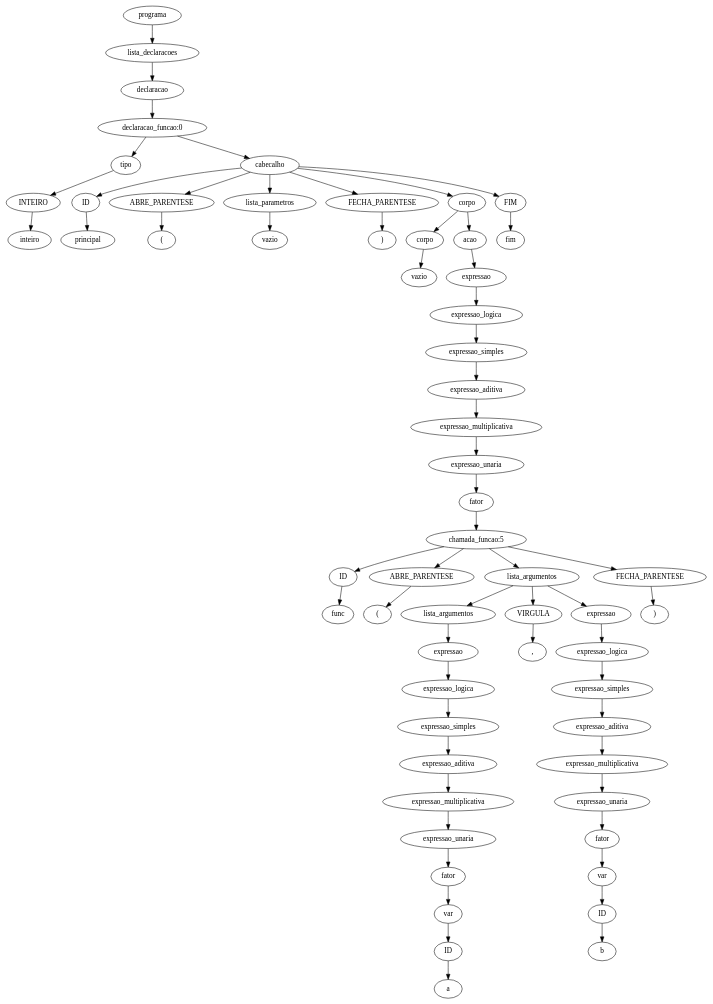
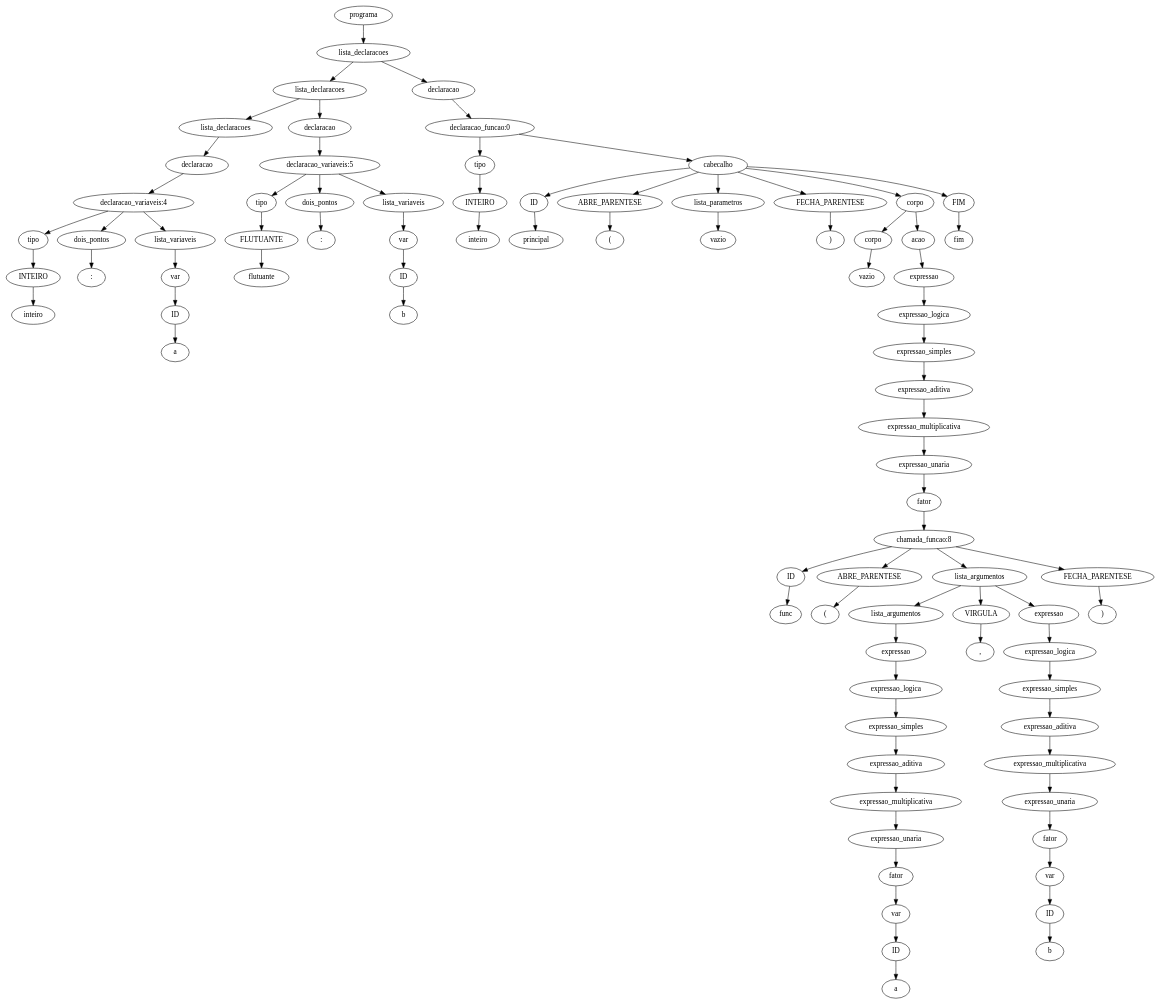
Before and after one commit to JuanFSR/Compiladores: the diagram in 7.AnaliseSemantica/implementacao/semantica-testes/sema-003.tpp.unique.ast.dot, drawn with Graphviz. The commit also changed 7 other files, not shown here.

```diff
--- a/7.AnaliseSemantica/implementacao/semantica-testes/sema-003.tpp.unique.ast.dot
+++ b/7.AnaliseSemantica/implementacao/semantica-testes/sema-003.tpp.unique.ast.dot
@@ -1,121 +1,169 @@
 digraph tree {
-    "0x7f5ccca2dfd0" [label="programa"];
-    "0x7f5ccc9c7cd0" [label="lista_declaracoes"];
-    "0x7f5ccca2de20" [label="declaracao"];
-    "0x7f5ccca16910" [label="declaracao_funcao:0"];
-    "0x7f5ccca2df70" [label="tipo"];
-    "0x7f5ccc9c7040" [label="INTEIRO"];
-    "0x7f5ccc9c7070" [label="inteiro"];
-    "0x7f5ccc9c7190" [label="cabecalho"];
-    "0x7f5ccc9c72e0" [label="ID"];
-    "0x7f5ccc9c78b0" [label="principal"];
-    "0x7f5ccc9c7730" [label="ABRE_PARENTESE"];
-    "0x7f5ccc9c7be0" [label="("];
-    "0x7f5ccc9c71f0" [label="lista_parametros"];
-    "0x7f5cccc4e6d0" [label="vazio"];
-    "0x7f5ccc9c7c10" [label="FECHA_PARENTESE"];
-    "0x7f5ccc9c7c40" [label=")"];
-    "0x7f5ccc9c73a0" [label="corpo"];
-    "0x7f5ccc9c7310" [label="corpo"];
-    "0x7f5ccc9c70d0" [label="vazio"];
-    "0x7f5ccc9c7370" [label="acao"];
-    "0x7f5ccc9c7250" [label="expressao"];
-    "0x7f5ccc9c7af0" [label="expressao_logica"];
-    "0x7f5ccc9c7a00" [label="expressao_simples"];
-    "0x7f5ccc9c72b0" [label="expressao_aditiva"];
-    "0x7f5ccc9c7ac0" [label="expressao_multiplicativa"];
-    "0x7f5ccc9c79a0" [label="expressao_unaria"];
-    "0x7f5ccc9c7a60" [label="fator"];
-    "0x7f5ccc9c75e0" [label="chamada_funcao:5"];
-    "0x7f5ccc9c7670" [label="ID"];
-    "0x7f5ccc9c7430" [label="func"];
-    "0x7f5ccc9c7460" [label="ABRE_PARENTESE"];
-    "0x7f5ccc9c7880" [label="("];
-    "0x7f5ccc9c7850" [label="lista_argumentos"];
-    "0x7f5ccc9c7580" [label="lista_argumentos"];
-    "0x7f5ccc9c7550" [label="expressao"];
-    "0x7f5ccc9c7520" [label="expressao_logica"];
-    "0x7f5ccc9c7490" [label="expressao_simples"];
-    "0x7f5ccc9c7400" [label="expressao_aditiva"];
-    "0x7f5ccc9c74f0" [label="expressao_multiplicativa"];
-    "0x7f5ccc9c7340" [label="expressao_unaria"];
-    "0x7f5ccc9c73d0" [label="fator"];
-    "0x7f5ccc9c7220" [label="var"];
-    "0x7f5ccc9c7280" [label="ID"];
-    "0x7f5ccc9c74c0" [label="a"];
-    "0x7f5ccc9c78e0" [label="VIRGULA"];
-    "0x7f5ccc9c7970" [label=","];
-    "0x7f5ccc9c7820" [label="expressao"];
-    "0x7f5ccc9c77f0" [label="expressao_logica"];
-    "0x7f5ccc9c7760" [label="expressao_simples"];
-    "0x7f5ccc9c76d0" [label="expressao_aditiva"];
-    "0x7f5ccc9c77c0" [label="expressao_multiplicativa"];
-    "0x7f5ccc9c7610" [label="expressao_unaria"];
-    "0x7f5ccc9c76a0" [label="fator"];
-    "0x7f5ccc9c75b0" [label="var"];
-    "0x7f5ccc9c7640" [label="ID"];
-    "0x7f5ccc9c7790" [label="b"];
-    "0x7f5ccc9c7910" [label="FECHA_PARENTESE"];
-    "0x7f5ccc9c7a90" [label=")"];
-    "0x7f5ccc9c7c70" [label="FIM"];
-    "0x7f5ccc9c7ca0" [label="fim"];
-    "0x7f5ccca2dfd0" -> "0x7f5ccc9c7cd0";
-    "0x7f5ccc9c7cd0" -> "0x7f5ccca2de20";
-    "0x7f5ccca2de20" -> "0x7f5ccca16910";
-    "0x7f5ccca16910" -> "0x7f5ccca2df70";
-    "0x7f5ccca16910" -> "0x7f5ccc9c7190";
-    "0x7f5ccca2df70" -> "0x7f5ccc9c7040";
-    "0x7f5ccc9c7040" -> "0x7f5ccc9c7070";
-    "0x7f5ccc9c7190" -> "0x7f5ccc9c72e0";
-    "0x7f5ccc9c7190" -> "0x7f5ccc9c7730";
-    "0x7f5ccc9c7190" -> "0x7f5ccc9c71f0";
-    "0x7f5ccc9c7190" -> "0x7f5ccc9c7c10";
-    "0x7f5ccc9c7190" -> "0x7f5ccc9c73a0";
-    "0x7f5ccc9c7190" -> "0x7f5ccc9c7c70";
-    "0x7f5ccc9c72e0" -> "0x7f5ccc9c78b0";
-    "0x7f5ccc9c7730" -> "0x7f5ccc9c7be0";
-    "0x7f5ccc9c71f0" -> "0x7f5cccc4e6d0";
-    "0x7f5ccc9c7c10" -> "0x7f5ccc9c7c40";
-    "0x7f5ccc9c73a0" -> "0x7f5ccc9c7310";
-    "0x7f5ccc9c73a0" -> "0x7f5ccc9c7370";
-    "0x7f5ccc9c7310" -> "0x7f5ccc9c70d0";
-    "0x7f5ccc9c7370" -> "0x7f5ccc9c7250";
-    "0x7f5ccc9c7250" -> "0x7f5ccc9c7af0";
-    "0x7f5ccc9c7af0" -> "0x7f5ccc9c7a00";
-    "0x7f5ccc9c7a00" -> "0x7f5ccc9c72b0";
-    "0x7f5ccc9c72b0" -> "0x7f5ccc9c7ac0";
-    "0x7f5ccc9c7ac0" -> "0x7f5ccc9c79a0";
-    "0x7f5ccc9c79a0" -> "0x7f5ccc9c7a60";
-    "0x7f5ccc9c7a60" -> "0x7f5ccc9c75e0";
-    "0x7f5ccc9c75e0" -> "0x7f5ccc9c7670";
-    "0x7f5ccc9c75e0" -> "0x7f5ccc9c7460";
-    "0x7f5ccc9c75e0" -> "0x7f5ccc9c7850";
-    "0x7f5ccc9c75e0" -> "0x7f5ccc9c7910";
-    "0x7f5ccc9c7670" -> "0x7f5ccc9c7430";
-    "0x7f5ccc9c7460" -> "0x7f5ccc9c7880";
-    "0x7f5ccc9c7850" -> "0x7f5ccc9c7580";
-    "0x7f5ccc9c7850" -> "0x7f5ccc9c78e0";
-    "0x7f5ccc9c7850" -> "0x7f5ccc9c7820";
-    "0x7f5ccc9c7580" -> "0x7f5ccc9c7550";
-    "0x7f5ccc9c7550" -> "0x7f5ccc9c7520";
-    "0x7f5ccc9c7520" -> "0x7f5ccc9c7490";
-    "0x7f5ccc9c7490" -> "0x7f5ccc9c7400";
-    "0x7f5ccc9c7400" -> "0x7f5ccc9c74f0";
-    "0x7f5ccc9c74f0" -> "0x7f5ccc9c7340";
-    "0x7f5ccc9c7340" -> "0x7f5ccc9c73d0";
-    "0x7f5ccc9c73d0" -> "0x7f5ccc9c7220";
-    "0x7f5ccc9c7220" -> "0x7f5ccc9c7280";
-    "0x7f5ccc9c7280" -> "0x7f5ccc9c74c0";
-    "0x7f5ccc9c78e0" -> "0x7f5ccc9c7970";
-    "0x7f5ccc9c7820" -> "0x7f5ccc9c77f0";
-    "0x7f5ccc9c77f0" -> "0x7f5ccc9c7760";
-    "0x7f5ccc9c7760" -> "0x7f5ccc9c76d0";
-    "0x7f5ccc9c76d0" -> "0x7f5ccc9c77c0";
-    "0x7f5ccc9c77c0" -> "0x7f5ccc9c7610";
-    "0x7f5ccc9c7610" -> "0x7f5ccc9c76a0";
-    "0x7f5ccc9c76a0" -> "0x7f5ccc9c75b0";
-    "0x7f5ccc9c75b0" -> "0x7f5ccc9c7640";
-    "0x7f5ccc9c7640" -> "0x7f5ccc9c7790";
-    "0x7f5ccc9c7910" -> "0x7f5ccc9c7a90";
-    "0x7f5ccc9c7c70" -> "0x7f5ccc9c7ca0";
+    "0x7f964660db50" [label="programa"];
+    "0x7f964660df70" [label="lista_declaracoes"];
+    "0x7f964660dc40" [label="lista_declaracoes"];
+    "0x7f964660da30" [label="lista_declaracoes"];
+    "0x7f96472517c0" [label="declaracao"];
+    "0x7f964660d9a0" [label="declaracao_variaveis:4"];
+    "0x7f964660d910" [label="tipo"];
+    "0x7f964660d970" [label="INTEIRO"];
+    "0x7f964660d9d0" [label="inteiro"];
+    "0x7f964660da90" [label="dois_pontos"];
+    "0x7f964660d940" [label=":"];
+    "0x7f964660da00" [label="lista_variaveis"];
+    "0x7f968918a430" [label="var"];
+    "0x7f96465e4f10" [label="ID"];
+    "0x7f964660daf0" [label="a"];
+    "0x7f964660db80" [label="declaracao"];
+    "0x7f964660dd00" [label="declaracao_variaveis:5"];
+    "0x7f964660dbb0" [label="tipo"];
+    "0x7f964660dbe0" [label="FLUTUANTE"];
+    "0x7f964660dc10" [label="flutuante"];
+    "0x7f964660de20" [label="dois_pontos"];
+    "0x7f964660de50" [label=":"];
+    "0x7f964660dc70" [label="lista_variaveis"];
+    "0x7f964660dac0" [label="var"];
+    "0x7f964660da60" [label="ID"];
+    "0x7f964660dd60" [label="b"];
+    "0x7f964660de80" [label="declaracao"];
+    "0x7f964660dca0" [label="declaracao_funcao:0"];
+    "0x7f96472462e0" [label="tipo"];
+    "0x7f96468229d0" [label="INTEIRO"];
+    "0x7f964660deb0" [label="inteiro"];
+    "0x7f964659e100" [label="cabecalho"];
+    "0x7f964659e6d0" [label="ID"];
+    "0x7f964659e550" [label="principal"];
+    "0x7f964659ea00" [label="ABRE_PARENTESE"];
+    "0x7f964659ea30" [label="("];
+    "0x7f964660dfd0" [label="lista_parametros"];
+    "0x7f964660dd30" [label="vazio"];
+    "0x7f964659ea60" [label="FECHA_PARENTESE"];
+    "0x7f964659ea90" [label=")"];
+    "0x7f964659e1c0" [label="corpo"];
+    "0x7f964659e130" [label="corpo"];
+    "0x7f964660dee0" [label="vazio"];
+    "0x7f964659e190" [label="acao"];
+    "0x7f964659e070" [label="expressao"];
+    "0x7f964659e910" [label="expressao_logica"];
+    "0x7f964659e820" [label="expressao_simples"];
+    "0x7f964659e0d0" [label="expressao_aditiva"];
+    "0x7f964659e8e0" [label="expressao_multiplicativa"];
+    "0x7f964659e7c0" [label="expressao_unaria"];
+    "0x7f964659e880" [label="fator"];
+    "0x7f964659e400" [label="chamada_funcao:8"];
+    "0x7f964659e490" [label="ID"];
+    "0x7f964659e250" [label="func"];
+    "0x7f964659e280" [label="ABRE_PARENTESE"];
+    "0x7f964659e6a0" [label="("];
+    "0x7f964659e670" [label="lista_argumentos"];
+    "0x7f964659e3a0" [label="lista_argumentos"];
+    "0x7f964659e370" [label="expressao"];
+    "0x7f964659e340" [label="expressao_logica"];
+    "0x7f964659e2b0" [label="expressao_simples"];
+    "0x7f964659e220" [label="expressao_aditiva"];
+    "0x7f964659e310" [label="expressao_multiplicativa"];
+    "0x7f964659e160" [label="expressao_unaria"];
+    "0x7f964659e1f0" [label="fator"];
+    "0x7f964659e040" [label="var"];
+    "0x7f964659e0a0" [label="ID"];
+    "0x7f964659e2e0" [label="a"];
+    "0x7f964659e700" [label="VIRGULA"];
+    "0x7f964659e790" [label=","];
+    "0x7f964659e640" [label="expressao"];
+    "0x7f964659e610" [label="expressao_logica"];
+    "0x7f964659e580" [label="expressao_simples"];
+    "0x7f964659e4f0" [label="expressao_aditiva"];
+    "0x7f964659e5e0" [label="expressao_multiplicativa"];
+    "0x7f964659e430" [label="expressao_unaria"];
+    "0x7f964659e4c0" [label="fator"];
+    "0x7f964659e3d0" [label="var"];
+    "0x7f964659e460" [label="ID"];
+    "0x7f964659e5b0" [label="b"];
+    "0x7f964659e730" [label="FECHA_PARENTESE"];
+    "0x7f964659e8b0" [label=")"];
+    "0x7f964659eac0" [label="FIM"];
+    "0x7f964659eaf0" [label="fim"];
+    "0x7f964660db50" -> "0x7f964660df70";
+    "0x7f964660df70" -> "0x7f964660dc40";
+    "0x7f964660df70" -> "0x7f964660de80";
+    "0x7f964660dc40" -> "0x7f964660da30";
+    "0x7f964660dc40" -> "0x7f964660db80";
+    "0x7f964660da30" -> "0x7f96472517c0";
+    "0x7f96472517c0" -> "0x7f964660d9a0";
+    "0x7f964660d9a0" -> "0x7f964660d910";
+    "0x7f964660d9a0" -> "0x7f964660da90";
+    "0x7f964660d9a0" -> "0x7f964660da00";
+    "0x7f964660d910" -> "0x7f964660d970";
+    "0x7f964660d970" -> "0x7f964660d9d0";
+    "0x7f964660da90" -> "0x7f964660d940";
+    "0x7f964660da00" -> "0x7f968918a430";
+    "0x7f968918a430" -> "0x7f96465e4f10";
+    "0x7f96465e4f10" -> "0x7f964660daf0";
+    "0x7f964660db80" -> "0x7f964660dd00";
+    "0x7f964660dd00" -> "0x7f964660dbb0";
+    "0x7f964660dd00" -> "0x7f964660de20";
+    "0x7f964660dd00" -> "0x7f964660dc70";
+    "0x7f964660dbb0" -> "0x7f964660dbe0";
+    "0x7f964660dbe0" -> "0x7f964660dc10";
+    "0x7f964660de20" -> "0x7f964660de50";
+    "0x7f964660dc70" -> "0x7f964660dac0";
+    "0x7f964660dac0" -> "0x7f964660da60";
+    "0x7f964660da60" -> "0x7f964660dd60";
+    "0x7f964660de80" -> "0x7f964660dca0";
+    "0x7f964660dca0" -> "0x7f96472462e0";
+    "0x7f964660dca0" -> "0x7f964659e100";
+    "0x7f96472462e0" -> "0x7f96468229d0";
+    "0x7f96468229d0" -> "0x7f964660deb0";
+    "0x7f964659e100" -> "0x7f964659e6d0";
+    "0x7f964659e100" -> "0x7f964659ea00";
+    "0x7f964659e100" -> "0x7f964660dfd0";
+    "0x7f964659e100" -> "0x7f964659ea60";
+    "0x7f964659e100" -> "0x7f964659e1c0";
+    "0x7f964659e100" -> "0x7f964659eac0";
+    "0x7f964659e6d0" -> "0x7f964659e550";
+    "0x7f964659ea00" -> "0x7f964659ea30";
+    "0x7f964660dfd0" -> "0x7f964660dd30";
+    "0x7f964659ea60" -> "0x7f964659ea90";
+    "0x7f964659e1c0" -> "0x7f964659e130";
+    "0x7f964659e1c0" -> "0x7f964659e190";
+    "0x7f964659e130" -> "0x7f964660dee0";
+    "0x7f964659e190" -> "0x7f964659e070";
+    "0x7f964659e070" -> "0x7f964659e910";
+    "0x7f964659e910" -> "0x7f964659e820";
+    "0x7f964659e820" -> "0x7f964659e0d0";
+    "0x7f964659e0d0" -> "0x7f964659e8e0";
+    "0x7f964659e8e0" -> "0x7f964659e7c0";
+    "0x7f964659e7c0" -> "0x7f964659e880";
+    "0x7f964659e880" -> "0x7f964659e400";
+    "0x7f964659e400" -> "0x7f964659e490";
+    "0x7f964659e400" -> "0x7f964659e280";
+    "0x7f964659e400" -> "0x7f964659e670";
+    "0x7f964659e400" -> "0x7f964659e730";
+    "0x7f964659e490" -> "0x7f964659e250";
+    "0x7f964659e280" -> "0x7f964659e6a0";
+    "0x7f964659e670" -> "0x7f964659e3a0";
+    "0x7f964659e670" -> "0x7f964659e700";
+    "0x7f964659e670" -> "0x7f964659e640";
+    "0x7f964659e3a0" -> "0x7f964659e370";
+    "0x7f964659e370" -> "0x7f964659e340";
+    "0x7f964659e340" -> "0x7f964659e2b0";
+    "0x7f964659e2b0" -> "0x7f964659e220";
+    "0x7f964659e220" -> "0x7f964659e310";
+    "0x7f964659e310" -> "0x7f964659e160";
+    "0x7f964659e160" -> "0x7f964659e1f0";
+    "0x7f964659e1f0" -> "0x7f964659e040";
+    "0x7f964659e040" -> "0x7f964659e0a0";
+    "0x7f964659e0a0" -> "0x7f964659e2e0";
+    "0x7f964659e700" -> "0x7f964659e790";
+    "0x7f964659e640" -> "0x7f964659e610";
+    "0x7f964659e610" -> "0x7f964659e580";
+    "0x7f964659e580" -> "0x7f964659e4f0";
+    "0x7f964659e4f0" -> "0x7f964659e5e0";
+    "0x7f964659e5e0" -> "0x7f964659e430";
+    "0x7f964659e430" -> "0x7f964659e4c0";
+    "0x7f964659e4c0" -> "0x7f964659e3d0";
+    "0x7f964659e3d0" -> "0x7f964659e460";
+    "0x7f964659e460" -> "0x7f964659e5b0";
+    "0x7f964659e730" -> "0x7f964659e8b0";
+    "0x7f964659eac0" -> "0x7f964659eaf0";
 }
```
